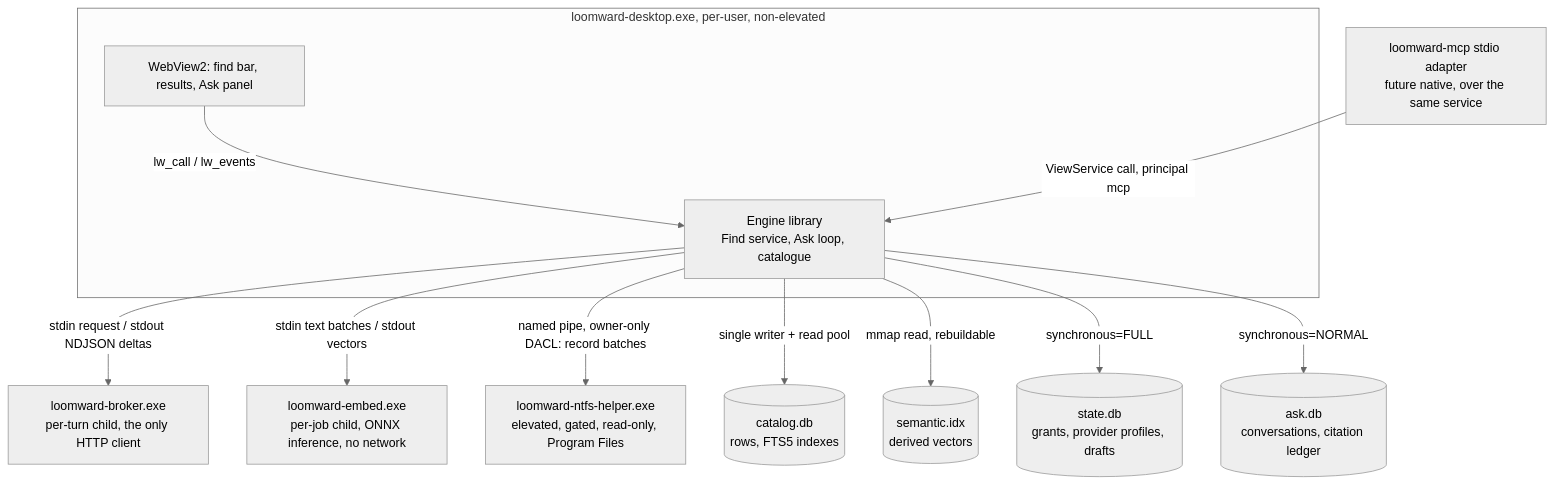
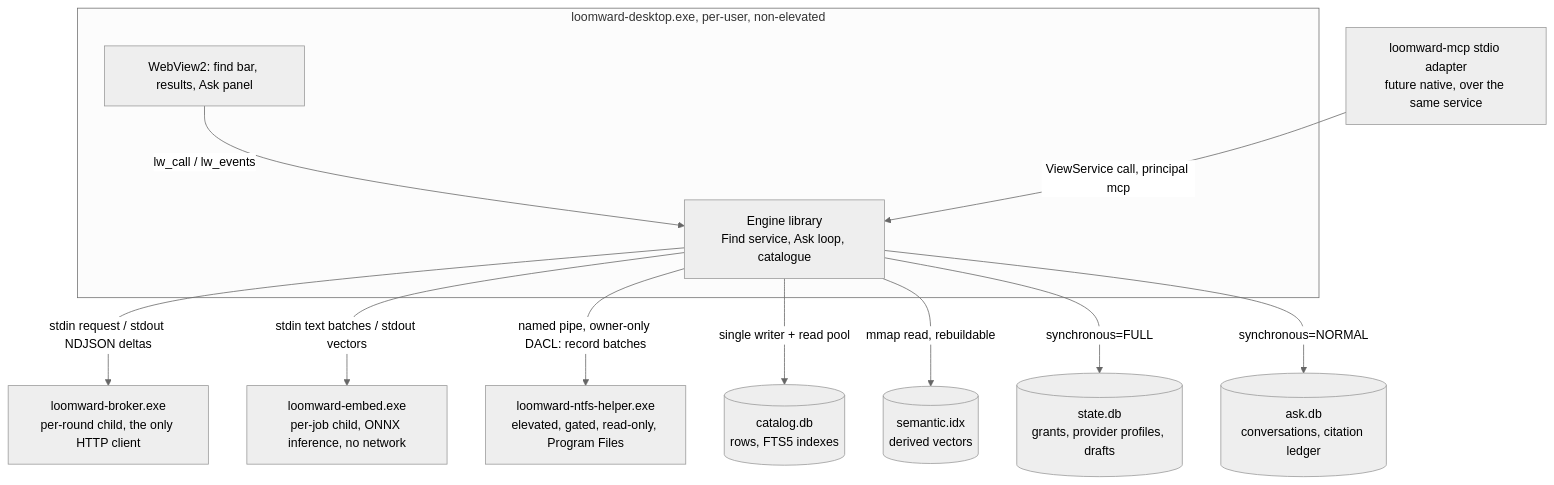
The second of 2 diagrams in docs/46-find-and-ask.md (Chris0Jeky/Loomward), drawn with Mermaid (neutral theme) before and after one commit. The commit also changed other lines of this file, not shown here.

Commit message:
docs: Find & Ask revision: a broker request per model round, MCP projection without draft tools, no out-of-grant Everything rows, USN records instead of raw MFT reads, honest semantic byte budget (Codex on #426)

````diff
--- a/docs/46-find-and-ask.md
+++ b/docs/46-find-and-ask.md
@@ -94,24 +94,24 @@
 ```mermaid
 flowchart TB
   subgraph desktop[loomward-desktop.exe, per-user, non-elevated]
     ui[WebView2: find bar, results, Ask panel]
     eng[Engine library<br/>Find service, Ask loop, catalogue]
   end
   mcp[loomward-mcp stdio adapter<br/>future native, over the same service]
-  brk[loomward-broker.exe<br/>per-turn child, the only HTTP client]
+  brk[loomward-broker.exe<br/>per-round child, the only HTTP client]
   emb[loomward-embed.exe<br/>per-job child, ONNX inference, no network]
   hlp[loomward-ntfs-helper.exe<br/>elevated, gated, read-only, Program Files]
   cat[(catalog.db<br/>rows, FTS5 indexes)]
   sem[(semantic.idx<br/>derived vectors)]
   st[(state.db<br/>grants, provider profiles, drafts)]
   ask[(ask.db<br/>conversations, citation ledger)]
   ui -->|lw_call / lw_events| eng
   mcp -->|ViewService call, principal mcp| eng
   eng -->|stdin request / stdout NDJSON deltas| brk
   eng -->|stdin text batches / stdout vectors| emb
   eng -->|named pipe, owner-only DACL: record batches| hlp
   eng -->|single writer + read pool| cat
   eng -->|mmap read, rebuildable| sem
   eng -->|synchronous=FULL| st
   eng -->|synchronous=NORMAL| ask
 ```
````
